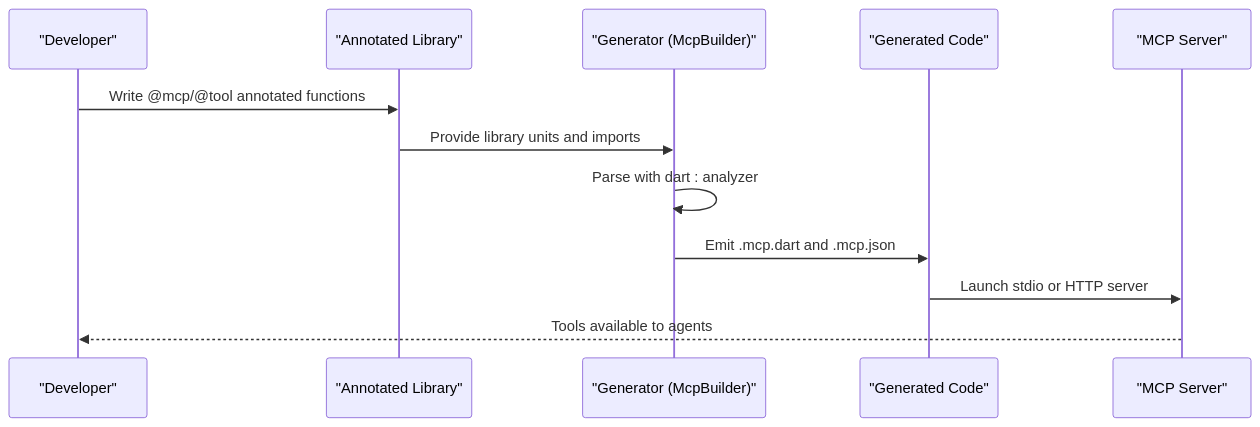
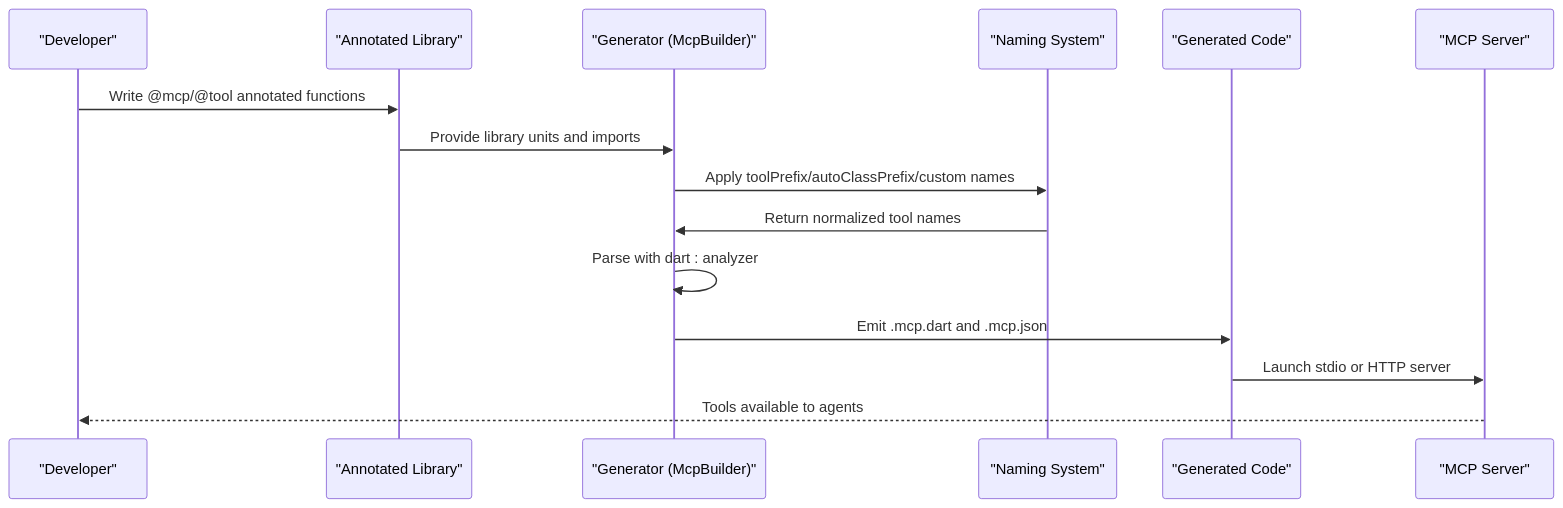
The second of 10 diagrams in .qoder/repowiki/en/content/Core Concepts/Core Concepts.md (cdavis-code/easy_mcp_workspace), drawn with Mermaid before and after one commit. The commit also changed other lines of this file and 8 other files, not shown here.

First line of the commit message:
fix: correct method name resolution when autoClassPrefix is enabled

````diff
--- a/.qoder/repowiki/en/content/Core Concepts/Core Concepts.md
+++ b/.qoder/repowiki/en/content/Core Concepts/Core Concepts.md
@@ -115,14 +119,17 @@
 ```mermaid
 sequenceDiagram
 participant Dev as "Developer"
 participant Lib as "Annotated Library"
 participant Gen as "Generator (McpBuilder)"
+participant Naming as "Naming System"
 participant Out as "Generated Code"
 participant Srv as "MCP Server"
 Dev->>Lib : Write @mcp/@tool annotated functions
 Lib->>Gen : Provide library units and imports
+Gen->>Naming : Apply toolPrefix/autoClassPrefix/custom names
+Naming->>Gen : Return normalized tool names
 Gen->>Gen : Parse with dart : analyzer
 Gen->>Out : Emit .mcp.dart and .mcp.json
 Out->>Srv : Launch stdio or HTTP server
 Srv-->>Dev : Tools available to agents
 ```
````
